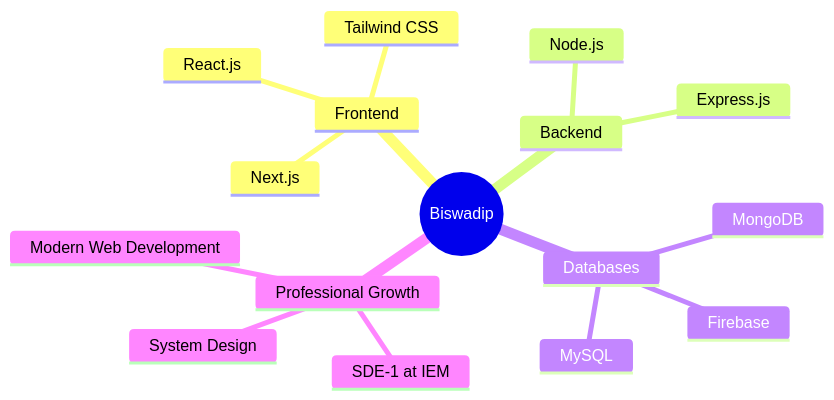
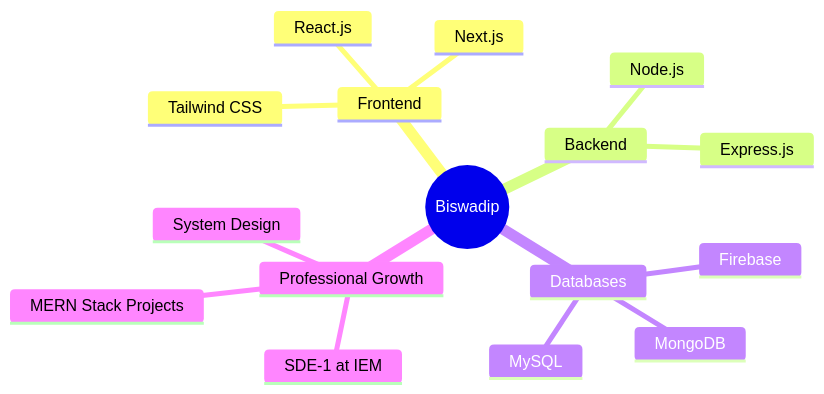
Before and after one commit to TheBiswadipSaha/Biswadip-Saha: the diagram in README.md, drawn with Mermaid. The commit also changed other lines of this file, not shown here.

````diff
--- a/README.md
+++ b/README.md
@@ -88,19 +90,19 @@
 ```mermaid
 mindmap
   root((Biswadip))
     Frontend
       React.js
       Next.js
       Tailwind CSS
     Backend
       Node.js
       Express.js
     Databases
       Firebase
       MySQL
       MongoDB
     Professional Growth
       SDE-1 at IEM
+      MERN Stack Projects
       System Design
-      Modern Web Development
 ```
````
